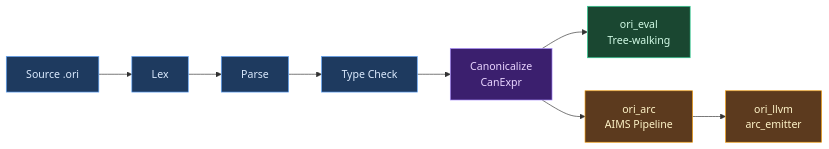
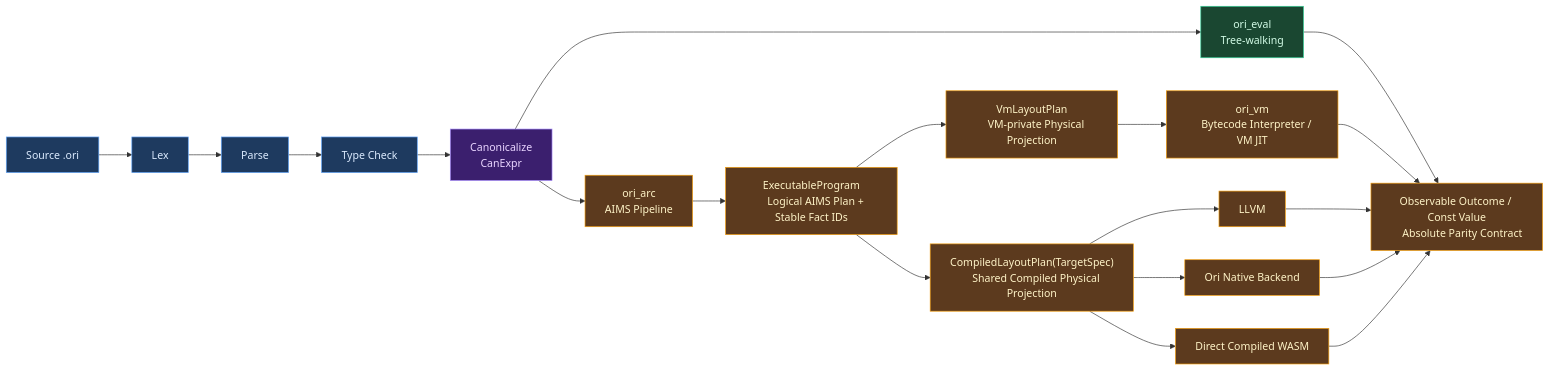
The first of 2 diagrams in docs/compiler/design/09-aims/index.md (upstat-io/ori-lang), drawn with Mermaid before and after one commit. The commit also changed other lines of this file and 686 other files, not shown here.

First line of the commit message:
feat(runtime): add shared ownership plans and bytecode VM

````diff
--- a/docs/compiler/design/09-aims/index.md
+++ b/docs/compiler/design/09-aims/index.md
@@ -168,25 +257,40 @@
 ```mermaid
 flowchart LR
     Source["Source .ori"] --> Lex["Lex"]
     Lex --> Parse["Parse"]
     Parse --> TypeCheck["Type Check"]
     TypeCheck --> Canon["Canonicalize
     CanExpr"]
 
     Canon --> Eval["ori_eval
     Tree-walking"]
     Canon --> AIMS["ori_arc
     AIMS Pipeline"]
-    AIMS --> LLVM["ori_llvm
-    arc_emitter"]
+    AIMS --> Exec["ExecutableProgram
+    Logical AIMS Plan + Stable Fact IDs"]
+    Exec --> VMPlan["VmLayoutPlan
+    VM-private Physical Projection"]
+    Exec --> CompPlan["CompiledLayoutPlan(TargetSpec)
+    Shared Compiled Physical Projection"]
+    VMPlan --> VM["ori_vm
+    Bytecode Interpreter / VM JIT"]
+    CompPlan --> LLVM["LLVM"]
+    CompPlan --> Native["Ori Native Backend"]
+    CompPlan --> WASM["Direct Compiled WASM"]
+    Eval --> Outcome["Observable Outcome / Const Value
+    Absolute Parity Contract"]
+    VM --> Outcome
+    LLVM --> Outcome
+    Native --> Outcome
+    WASM --> Outcome
 
     classDef frontend fill:#1e3a5f,stroke:#60a5fa,color:#dbeafe
     classDef canon fill:#3b1f6e,stroke:#a78bfa,color:#e9d5ff
     classDef interpreter fill:#1a4731,stroke:#34d399,color:#d1fae5
     classDef native fill:#5c3a1e,stroke:#f59e0b,color:#fef3c7
 
     class Source,Lex,Parse,TypeCheck frontend
     class Canon canon
     class Eval interpreter
-    class AIMS,LLVM native
+    class AIMS,Exec,VMPlan,CompPlan,VM,LLVM,Native,WASM,Outcome native
 ```
````
